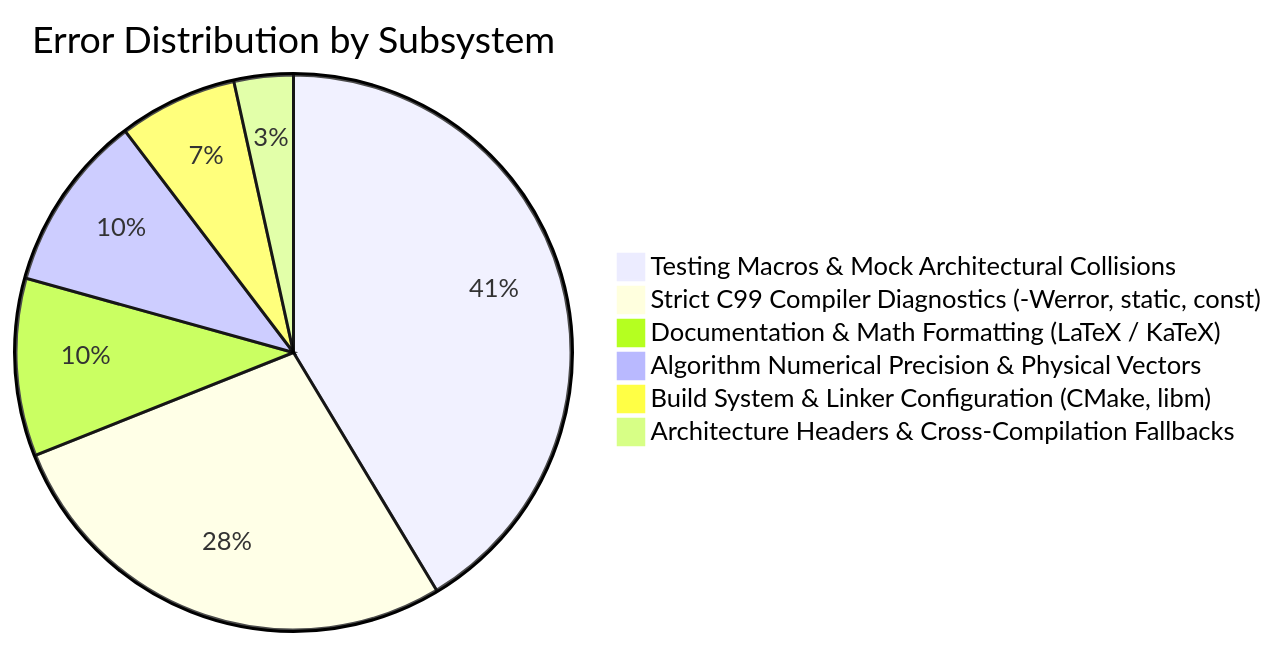
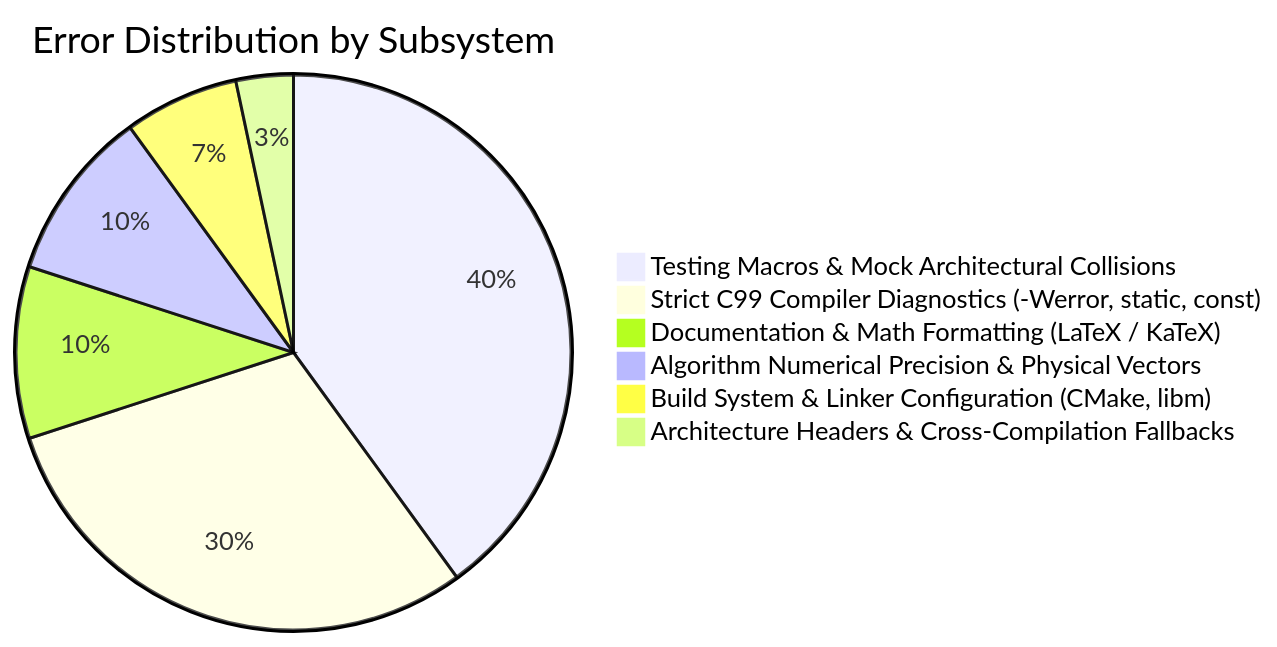
The diagram in context/errors/README.md (Thejus26/rain-predict), drawn with Mermaid before and after one commit. The commit also changed other lines of this file and 2 other files, not shown here.

Commit message:
fix(driver): resolve ERR-030 unused variable resp in test_modbus_rtu

````diff
--- a/context/errors/README.md
+++ b/context/errors/README.md
@@ -45,9 +46,9 @@
 ```mermaid
 pie title Error Distribution by Subsystem
     "Testing Macros & Mock Architectural Collisions" : 12
-    "Strict C99 Compiler Diagnostics (-Werror, static, const)" : 8
+    "Strict C99 Compiler Diagnostics (-Werror, static, const)" : 9
     "Documentation & Math Formatting (LaTeX / KaTeX)" : 3
     "Algorithm Numerical Precision & Physical Vectors" : 3
     "Build System & Linker Configuration (CMake, libm)" : 2
     "Architecture Headers & Cross-Compilation Fallbacks" : 1
 ```
````
